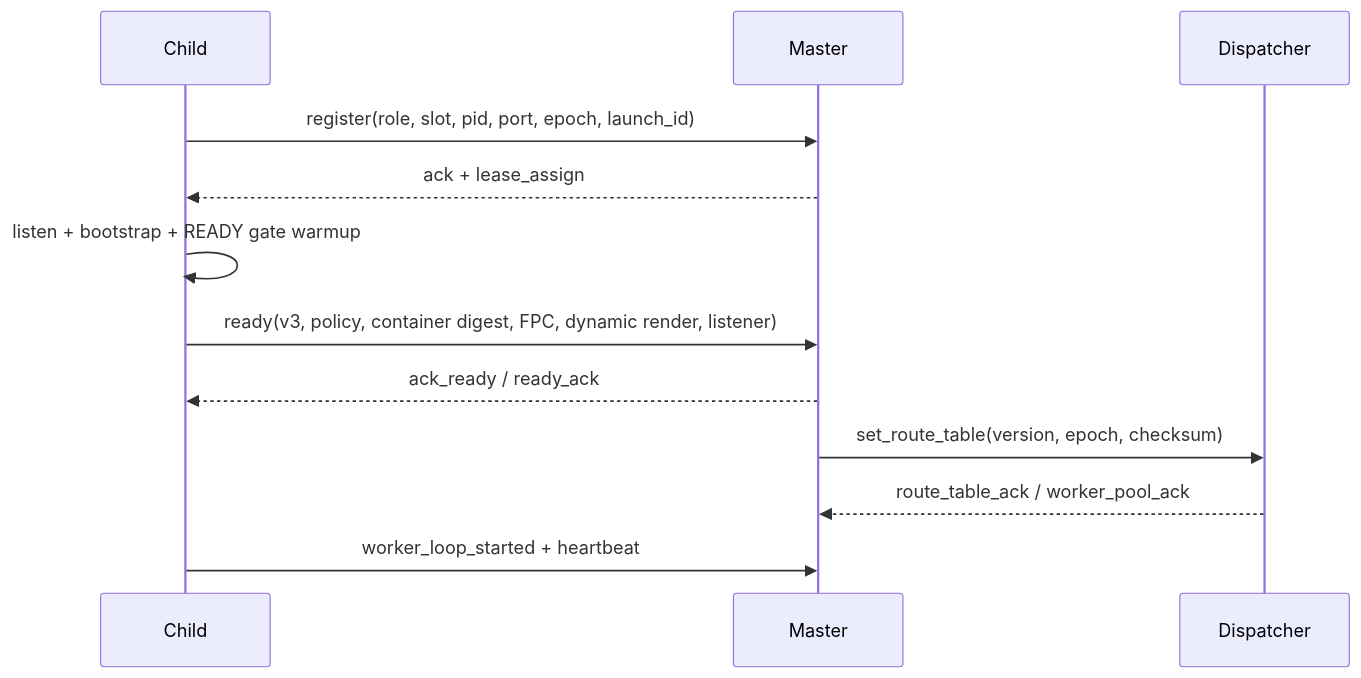
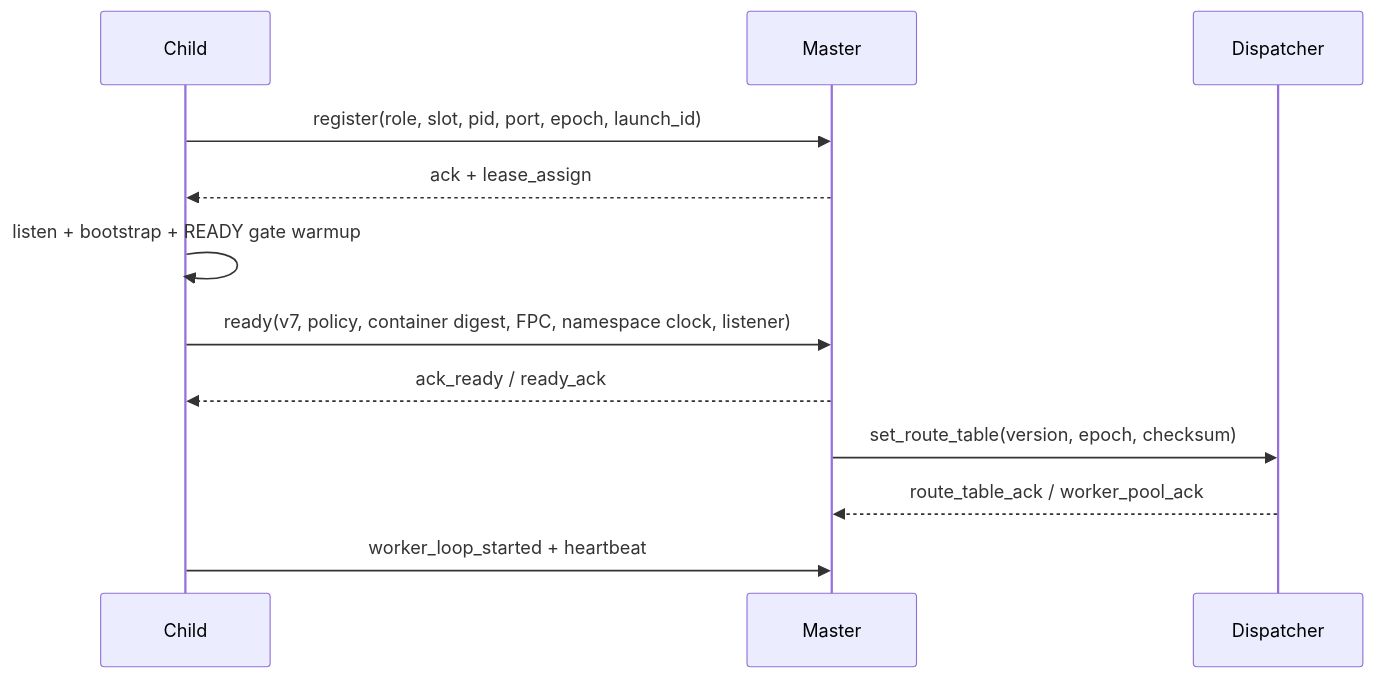
One commit to Aiweline/WelineFramework changed the second of 3 diagrams in app/code/Weline/Server/doc/IPC控制通道架构.md. Above: the diagram before and after it, drawn with Mermaid. The commit also changed other lines of this file and 243 other files, not shown here.

````diff
--- a/app/code/Weline/Server/doc/IPC控制通道架构.md
+++ b/app/code/Weline/Server/doc/IPC控制通道架构.md
@@ -55,15 +52,15 @@
 ```mermaid
 sequenceDiagram
   participant C as Child
   participant M as Master
   participant D as Dispatcher
 
   C->>M: register(role, slot, pid, port, epoch, launch_id)
   M-->>C: ack + lease_assign
   C->>C: listen + bootstrap + READY gate warmup
-  C->>M: ready(v3, policy, container digest, FPC, dynamic render, listener)
+  C->>M: ready(v7, policy, container digest, FPC, namespace clock, listener)
   M-->>C: ack_ready / ready_ack
   M->>D: set_route_table(version, epoch, checksum)
   D-->>M: route_table_ack / worker_pool_ack
   C->>M: worker_loop_started + heartbeat
 ```
````
